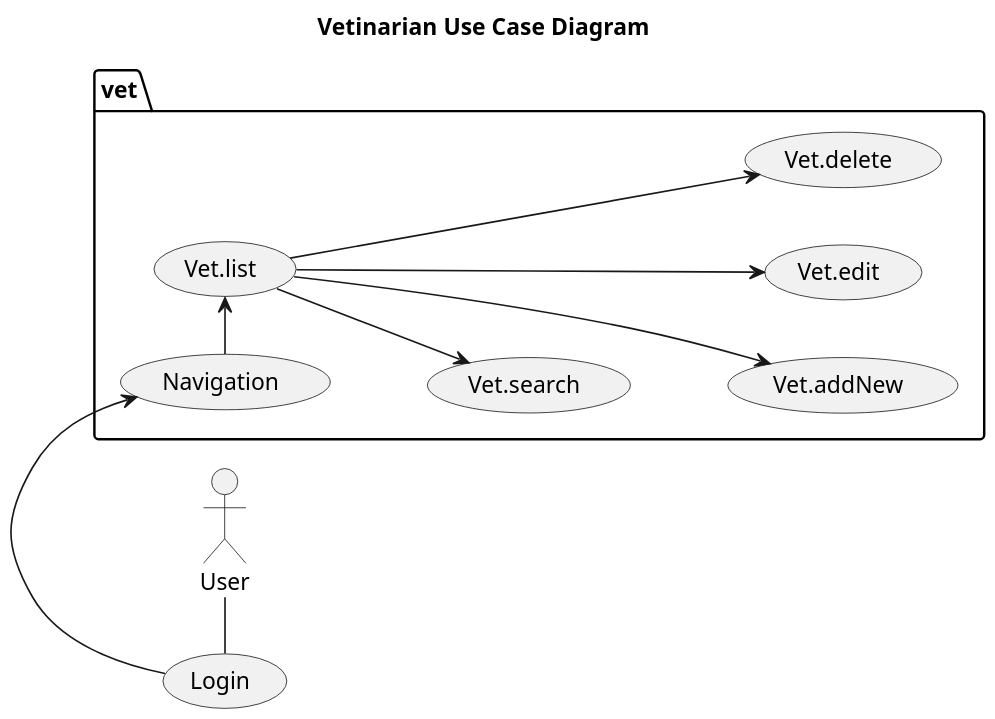
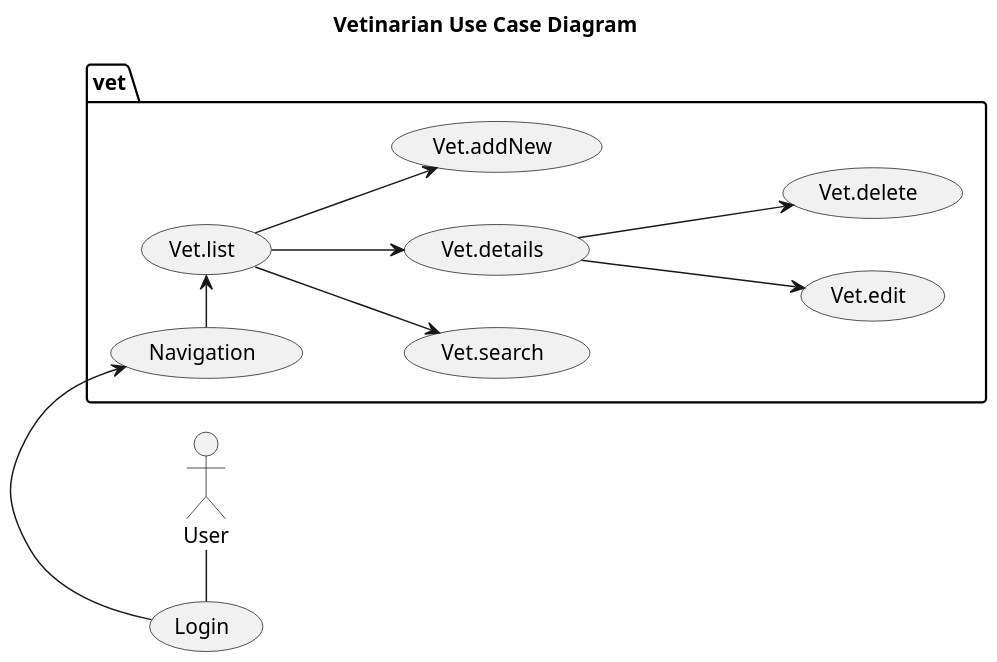
One commit to Jakarta-EE-Petclinic/petclinic-uml changed the diagram in puml/vet/concept/Vet__UseCase.puml. Above: the diagram before and after it, drawn with PlantUML. The commit also changed 6 other files, not shown here.

```diff
--- a/puml/vet/concept/Vet__UseCase.puml
+++ b/puml/vet/concept/Vet__UseCase.puml
@@ -1,21 +1,22 @@
 @startuml
 
 title Vetinarian Use Case Diagram
 
 'https://plantuml.com/use-case-diagram
 
 left to right direction
 'top to bottom direction
 
 scale 1000 width
 
 User - (Login)
 package vet {
     (Login) -> (Navigation)
     (Navigation) -> (Vet.list)
     (Vet.list) --> (Vet.search)
-    (Vet.list) ---> (Vet.addNew)
-    (Vet.list) ---> (Vet.edit)
-    (Vet.list) ---> (Vet.delete)
+    (Vet.list) --> (Vet.details)
+    (Vet.list) --> (Vet.addNew)
+    (Vet.details) ---> (Vet.edit)
+    (Vet.details) ---> (Vet.delete)
 }
 @enduml
```
